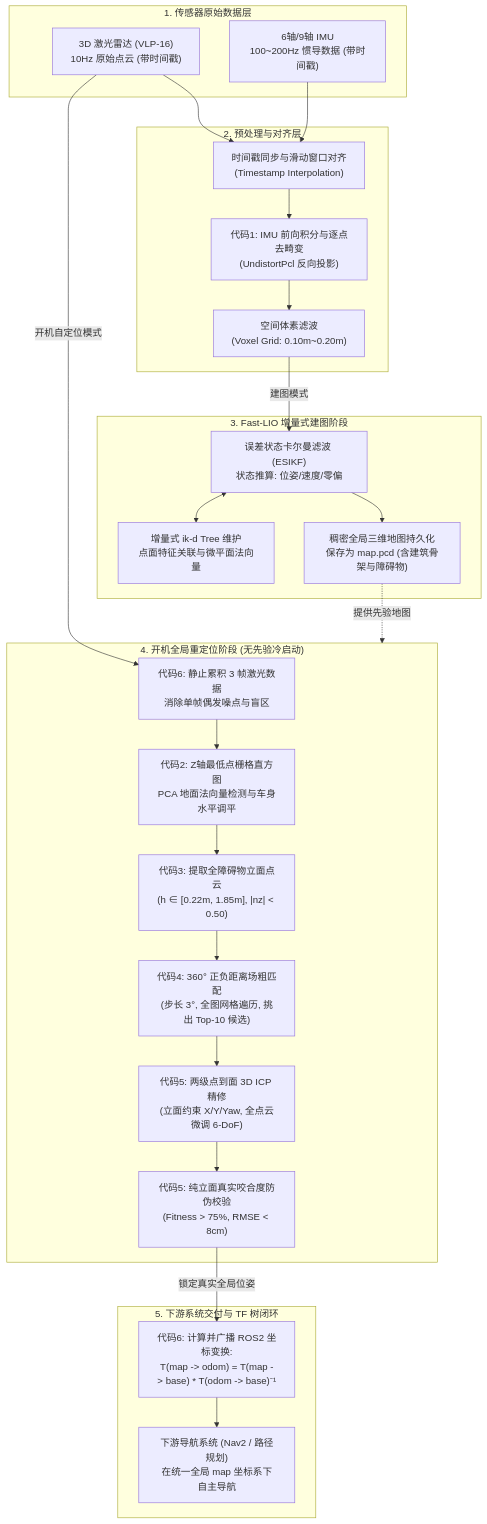
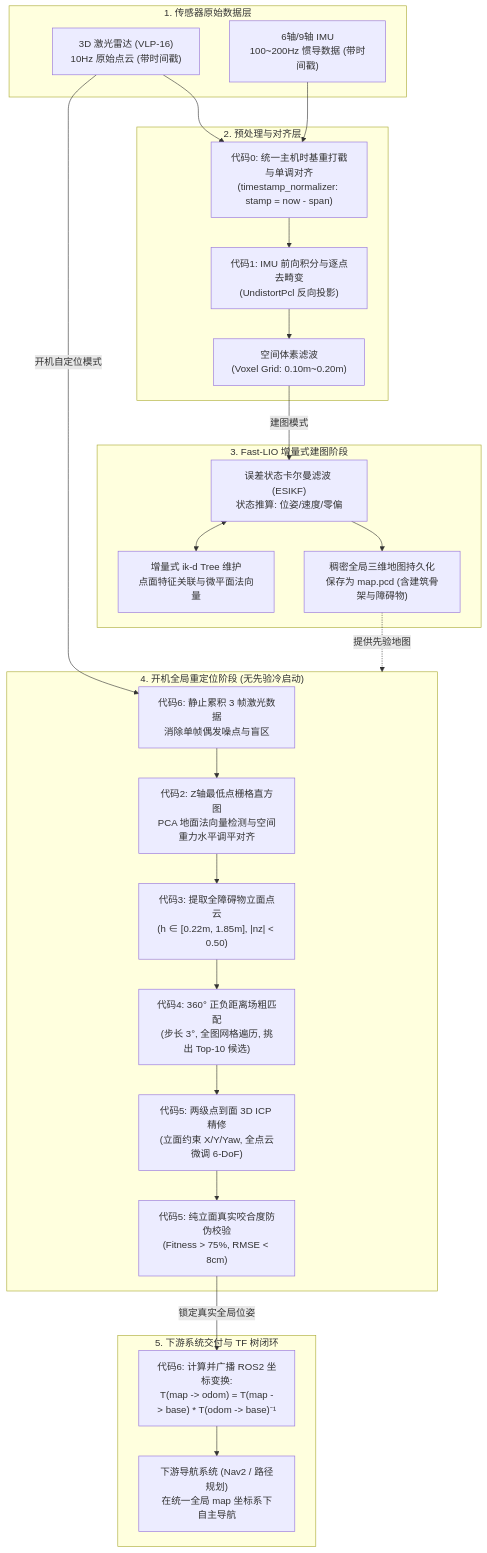
The diagram in docs/fastlio_mapping_and_reloc_guide.md (WGK1005/SLAM), drawn with Mermaid before and after one commit. The commit also changed other lines of this file and 4 other files, not shown here.

````diff
--- a/docs/fastlio_mapping_and_reloc_guide.md
+++ b/docs/fastlio_mapping_and_reloc_guide.md
@@ -303,56 +512,56 @@
 ```mermaid
 flowchart TD
     subgraph SENSORS["1. 传感器原始数据层"]
         LidarRaw["3D 激光雷达 (VLP-16)<br/>10Hz 原始点云 (带时间戳)"]
         ImuRaw["6轴/9轴 IMU<br/>100~200Hz 惯导数据 (带时间戳)"]
     end
 
     subgraph PREPROCESS["2. 预处理与对齐层"]
-        TimeSync["时间戳同步与滑动窗口对齐<br/>(Timestamp Interpolation)"]
+        TimeSync["代码0: 统一主机时基重打戳与单调对齐<br/>(timestamp_normalizer: stamp = now - span)"]
         Deskew["代码1: IMU 前向积分与逐点去畸变<br/>(UndistortPcl 反向投影)"]
         VoxelDown["空间体素滤波<br/>(Voxel Grid: 0.10m~0.20m)"]
     end
 
     subgraph MAPPING["3. Fast-LIO 增量式建图阶段"]
         ESIKF["误差状态卡尔曼滤波 (ESIKF)<br/>状态推算: 位姿/速度/零偏"]
         ikdTree["增量式 ik-d Tree 维护<br/>点面特征关联与微平面法向量"]
         SavePCD["稠密全局三维地图持久化<br/>保存为 map.pcd (含建筑骨架与障碍物)"]
     end
 
     subgraph RELOC["4. 开机全局重定位阶段 (无先验冷启动)"]
         MultiFrame["代码6: 静止累积 3 帧激光数据<br/>消除单帧偶发噪点与盲区"]
-        FloorExtract["代码2: Z轴最低点栅格直方图<br/>PCA 地面法向量检测与车身水平调平"]
+        FloorExtract["代码2: Z轴最低点栅格直方图<br/>PCA 地面法向量检测与空间重力水平调平对齐"]
         WallCloud["代码3: 提取全障碍物立面点云<br/>(h ∈ [0.22m, 1.85m], |nz| < 0.50)"]
         
         DF_2D["代码4: 360° 正负距离场粗匹配<br/>(步长 3°, 全图网格遍历, 挑出 Top-10 候选)"]
         ICP_3D["代码5: 两级点到面 3D ICP 精修<br/>(立面约束 X/Y/Yaw, 全点云微调 6-DoF)"]
         Verify["代码5: 纯立面真实咬合度防伪校验<br/>(Fitness > 75%, RMSE < 8cm)"]
     end
 
     subgraph OUTPUT["5. 下游系统交付与 TF 树闭环"]
         TFPub["代码6: 计算并广播 ROS2 坐标变换:<br/>T(map -> odom) = T(map -> base) * T(odom -> base)⁻¹"]
         NavStack["下游导航系统 (Nav2 / 路径规划)<br/>在统一全局 map 坐标系下自主导航"]
     end
 
     %% 连接关系
     LidarRaw --> TimeSync
     ImuRaw --> TimeSync
     TimeSync --> Deskew
     Deskew --> VoxelDown
 
     %% 建图流
     VoxelDown -->|建图模式| ESIKF
     ESIKF <--> ikdTree
     ESIKF --> SavePCD
 
     %% 重定位流
     SavePCD -.->|提供先验地图| RELOC
     LidarRaw -->|开机自定位模式| MultiFrame
     MultiFrame --> FloorExtract
     FloorExtract --> WallCloud
     WallCloud --> DF_2D
     DF_2D --> ICP_3D
     ICP_3D --> Verify
     Verify -->|锁定真实全局位姿| TFPub
     TFPub --> NavStack
 ```
````
